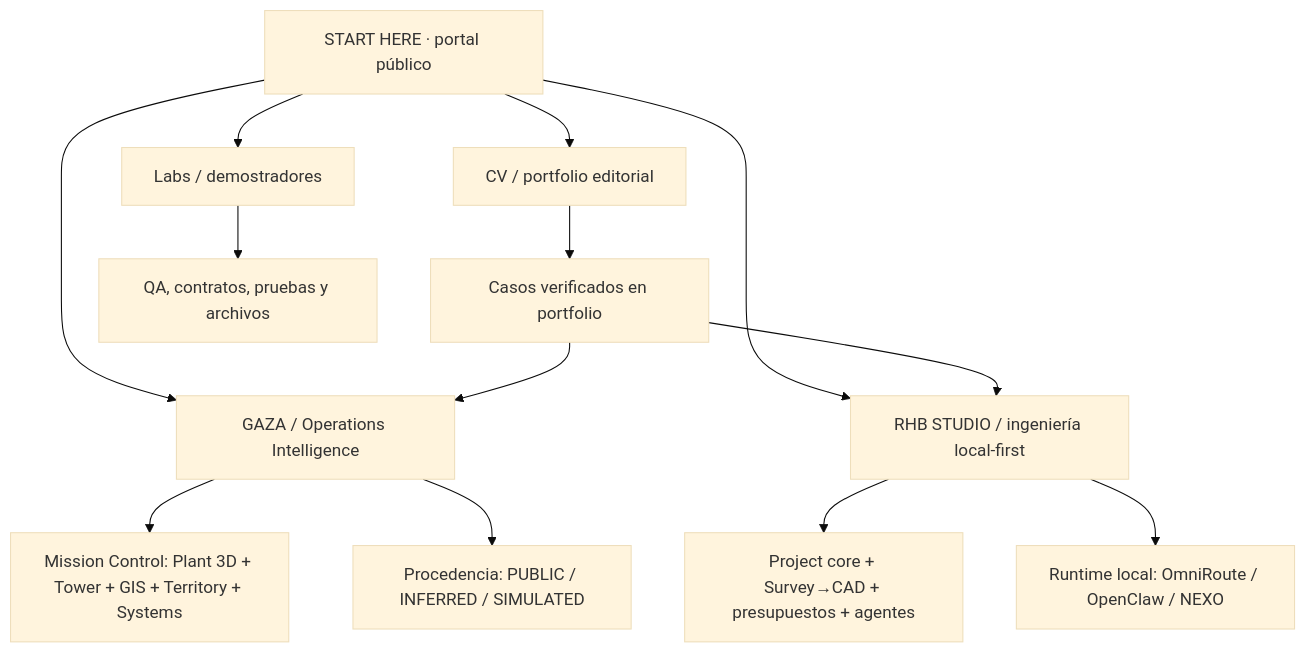
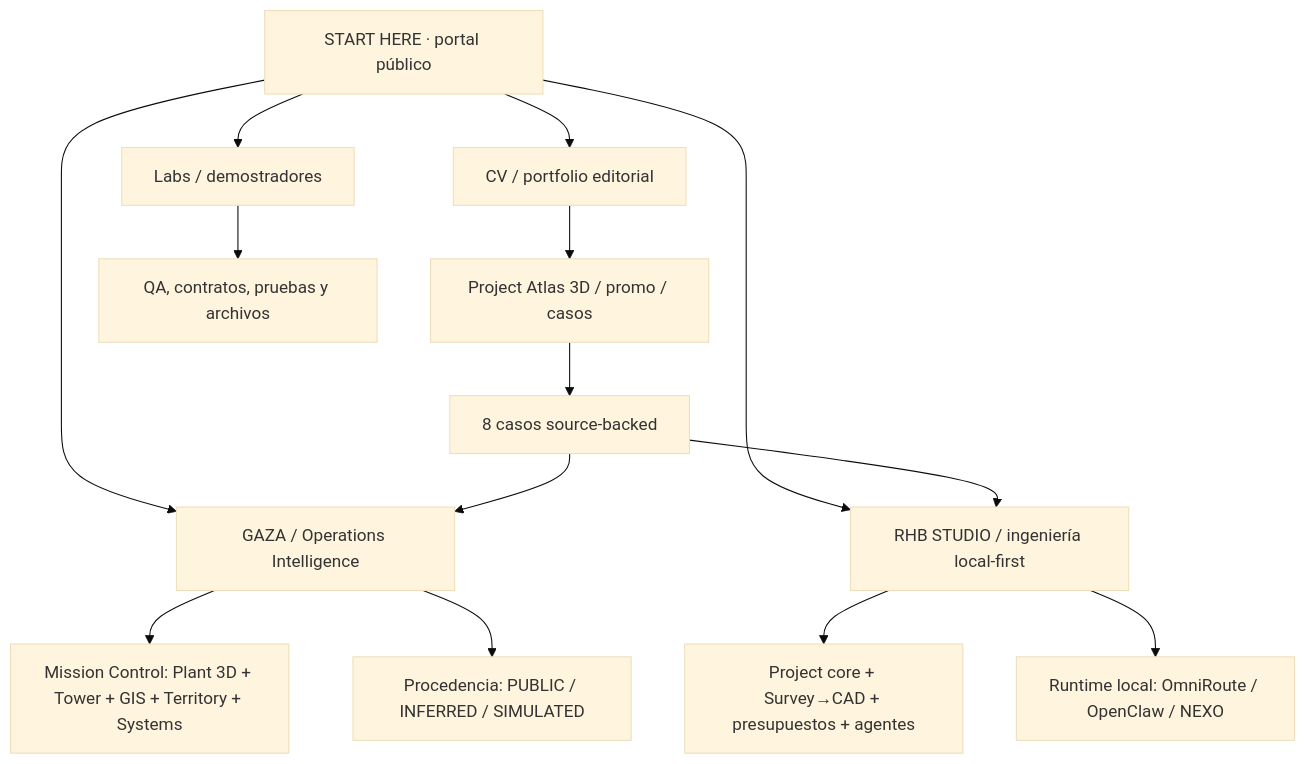
Before and after one commit to HectorLobatoHernandez/HectorLobatoHernandez.github.io: the first of 2 diagrams in docs/MAPA_MAESTRO.md, drawn with Mermaid (base theme). The commit also changed other lines of this file and 17 other files, not shown here.

First line of the commit message:
feat(atlas): finalize source-backed Project Atlas and combined technical promo

````diff
--- a/docs/MAPA_MAESTRO.md
+++ b/docs/MAPA_MAESTRO.md
@@ -7,15 +7,16 @@
 ```mermaid
 flowchart TD
   A["START HERE · portal público"] --> CV["CV / portfolio editorial"]
   A --> GA["GAZA / Operations Intelligence"]
   A --> R["RHB STUDIO / ingeniería local-first"]
   A --> LA["Labs / demostradores"]
-  CV --> CS["Casos verificados en portfolio"]
+  CV --> PA["Project Atlas 3D / promo / casos"]
+  PA --> CS["8 casos source-backed"]
   CS --> GA
   CS --> R
   GA --> M["Mission Control: Plant 3D + Tower + GIS + Territory + Systems"]
   GA --> EV["Procedencia: PUBLIC / INFERRED / SIMULATED"]
   R --> RC["Project core + Survey→CAD + presupuestos + agentes"]
   R --> RT["Runtime local: OmniRoute / OpenClaw / NEXO"]
   LA --> QA["QA, contratos, pruebas y archivos"]
 ```
````
